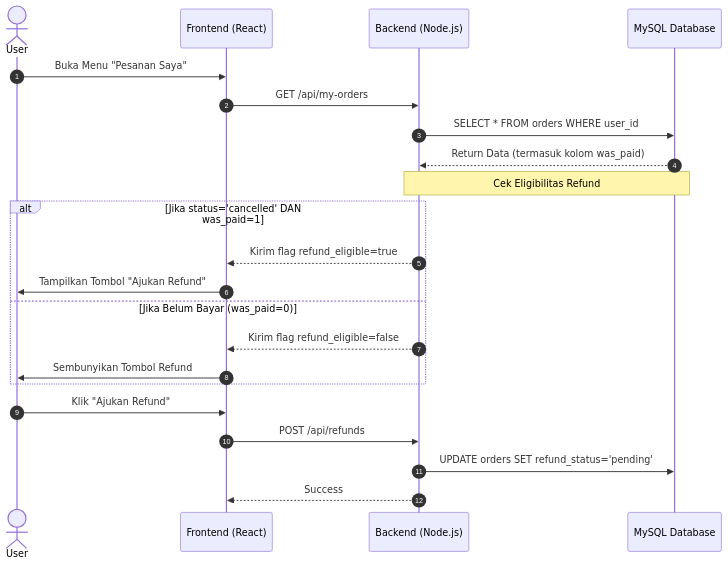
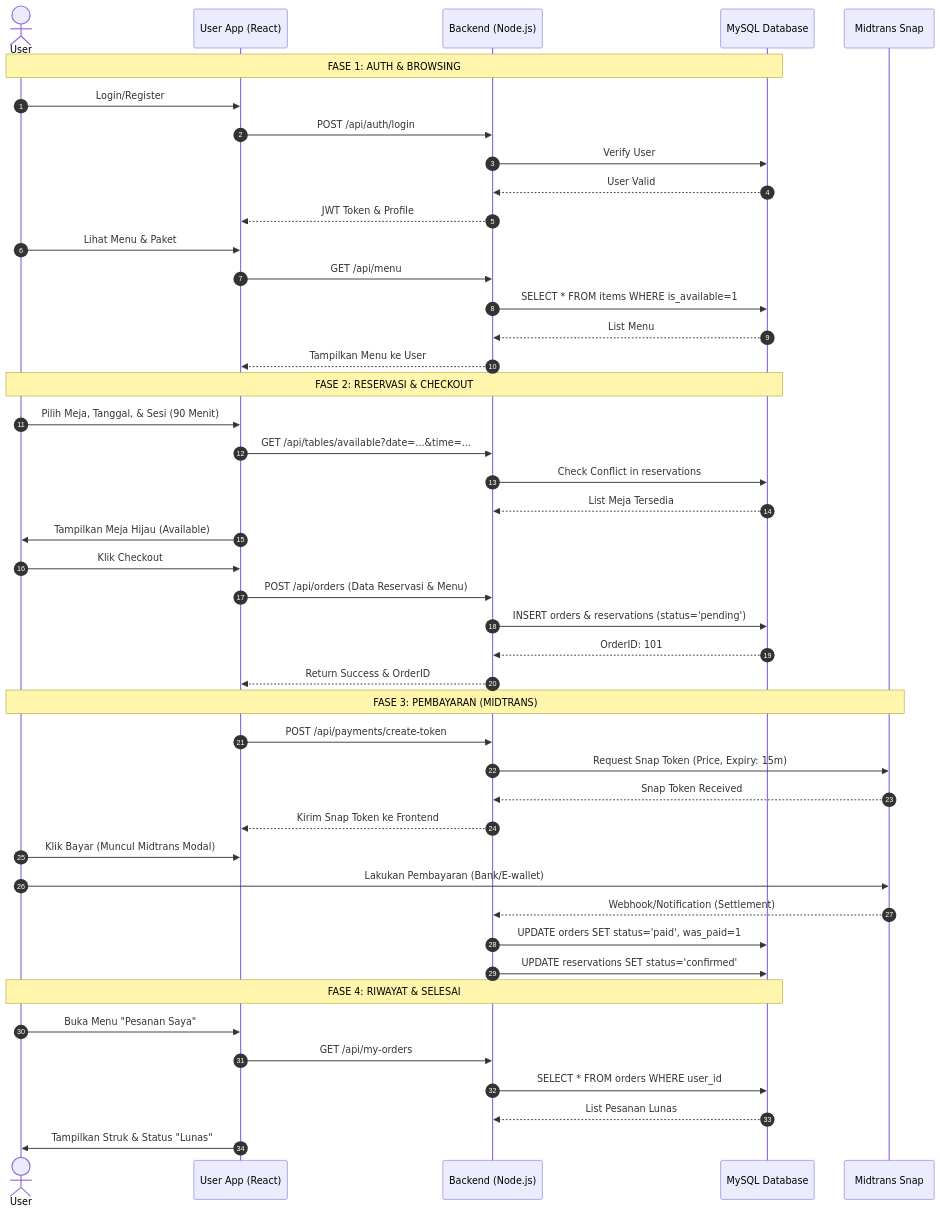
One commit to AkbarHusaini/website-reservasi-online-Ineri-suki changed the third of 4 diagrams in DIAGRAM.md. Above: the diagram before and after it, drawn with Mermaid. The commit also changed other lines of this file, not shown here.

Commit message:
docs: consolidate full user lifecycle sequence diagram

````diff
--- a/DIAGRAM.md
+++ b/DIAGRAM.md
@@ -83,27 +83,54 @@
 ```mermaid
 sequenceDiagram
     autonumber
     actor User
-    participant FE as Frontend (React)
+    participant FE as User App (React)
     participant BE as Backend (Node.js)
     participant DB as MySQL Database
+    participant PG as Midtrans Snap
 
+    Note over User, DB: FASE 1: AUTH & BROWSING
+    User->>FE: Login/Register
+    FE->>BE: POST /api/auth/login
+    BE->>DB: Verify User
+    DB-->>BE: User Valid
+    BE-->>FE: JWT Token & Profile
+    
+    User->>FE: Lihat Menu & Paket
+    FE->>BE: GET /api/menu
+    BE->>DB: SELECT * FROM items WHERE is_available=1
+    DB-->>BE: List Menu
+    BE-->>FE: Tampilkan Menu ke User
+
+    Note over User, DB: FASE 2: RESERVASI & CHECKOUT
+    User->>FE: Pilih Meja, Tanggal, & Sesi (90 Menit)
+    FE->>BE: GET /api/tables/available?date=...&time=...
+    BE->>DB: Check Conflict in reservations
+    DB-->>BE: List Meja Tersedia
+    FE->>User: Tampilkan Meja Hijau (Available)
+    
+    User->>FE: Klik Checkout
+    FE->>BE: POST /api/orders (Data Reservasi & Menu)
+    BE->>DB: INSERT orders & reservations (status='pending')
+    DB-->>BE: OrderID: 101
+    BE-->>FE: Return Success & OrderID
+
+    Note over User, PG: FASE 3: PEMBAYARAN (MIDTRANS)
+    FE->>BE: POST /api/payments/create-token
+    BE->>PG: Request Snap Token (Price, Expiry: 15m)
+    PG-->>BE: Snap Token Received
+    BE-->>FE: Kirim Snap Token ke Frontend
+    
+    User->>FE: Klik Bayar (Muncul Midtrans Modal)
+    User->>PG: Lakukan Pembayaran (Bank/E-wallet)
+    PG-->>BE: Webhook/Notification (Settlement)
+    BE->>DB: UPDATE orders SET status='paid', was_paid=1
+    BE->>DB: UPDATE reservations SET status='confirmed'
+    
+    Note over User, DB: FASE 4: RIWAYAT & SELESAI
     User->>FE: Buka Menu "Pesanan Saya"
     FE->>BE: GET /api/my-orders
     BE->>DB: SELECT * FROM orders WHERE user_id
-    DB-->>BE: Return Data (termasuk kolom was_paid)
-    
-    Note over BE, DB: Cek Eligibilitas Refund
-    alt Jika status='cancelled' DAN was_paid=1
-        BE-->>FE: Kirim flag refund_eligible=true
-        FE->>User: Tampilkan Tombol "Ajukan Refund"
-    else Jika Belum Bayar (was_paid=0)
-        BE-->>FE: Kirim flag refund_eligible=false
-        FE->>User: Sembunyikan Tombol Refund
-    end
-
-    User->>FE: Klik "Ajukan Refund"
-    FE->>BE: POST /api/refunds
-    BE->>DB: UPDATE orders SET refund_status='pending'
-    BE-->>FE: Success
+    DB-->>BE: List Pesanan Lunas
+    FE->>User: Tampilkan Struk & Status "Lunas"
 ```
````
